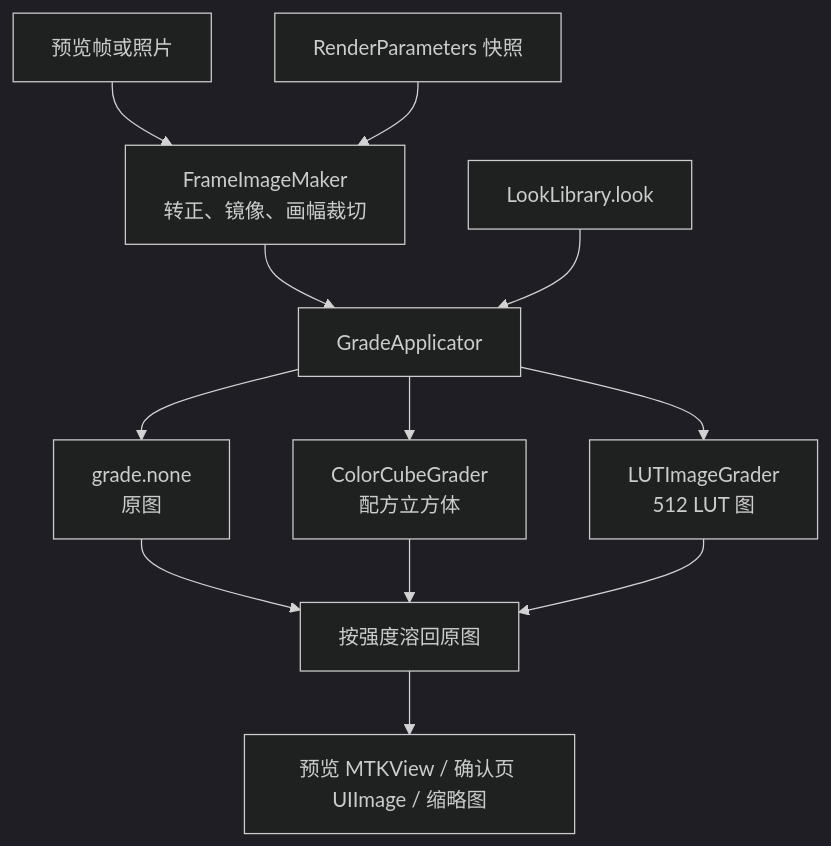
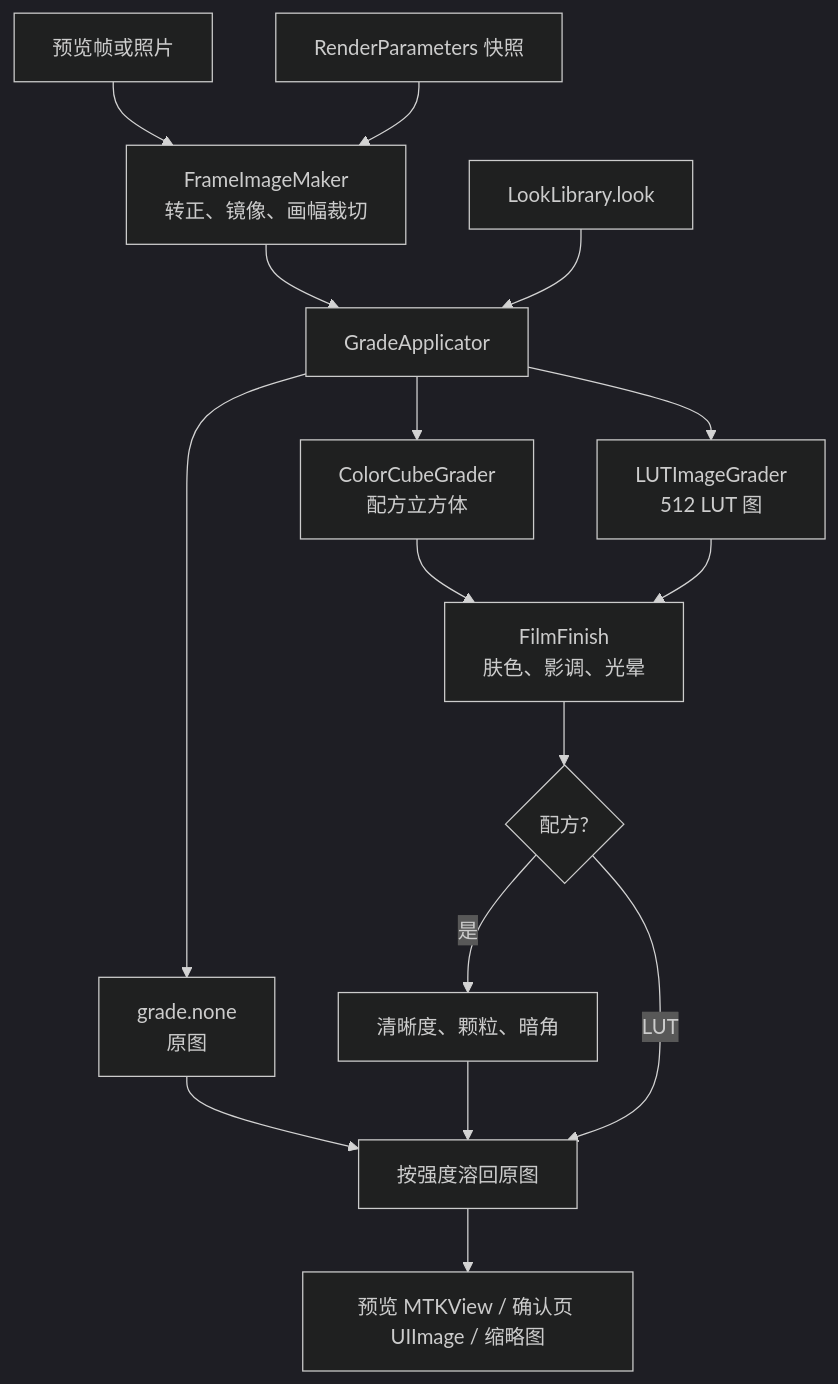
One commit to zhe-ma/angie-filter changed the third of 6 diagrams in design/architecture.md. Above: the diagram before and after it, drawn with Mermaid (dark theme). The commit also changed other lines of this file and 16 other files, not shown here.

````diff
--- a/design/architecture.md
+++ b/design/architecture.md
@@ -80,14 +80,18 @@
 ```mermaid
 flowchart TB
   frame["预览帧或照片"] --> geo["FrameImageMaker<br/>转正、镜像、画幅裁切"]
   snap["RenderParameters 快照"] --> geo
   geo --> apply["GradeApplicator"]
   lib["LookLibrary.look"] --> apply
   apply --> none["grade.none<br/>原图"]
   apply --> cube["ColorCubeGrader<br/>配方立方体"]
   apply --> lut["LUTImageGrader<br/>512 LUT 图"]
-  none --> mix["按强度溶回原图"]
-  cube --> mix
-  lut --> mix
+  cube --> finish["FilmFinish<br/>肤色、影调、光晕"]
+  lut --> finish
+  finish --> spatial{"配方?"}
+  spatial -->|是| rest["清晰度、颗粒、暗角"]
+  spatial -->|LUT| mix["按强度溶回原图"]
+  none --> mix
+  rest --> mix
   mix --> out["预览 MTKView / 确认页 UIImage / 缩略图"]
 ```
````
